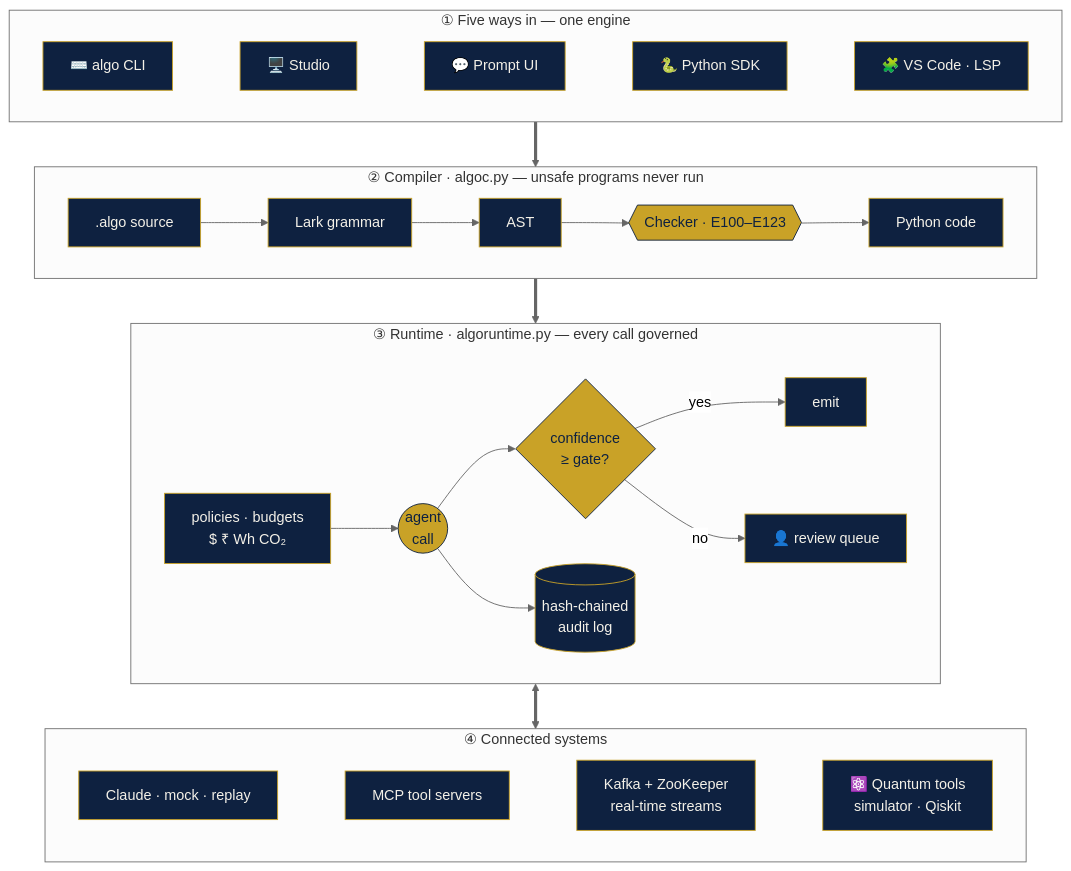
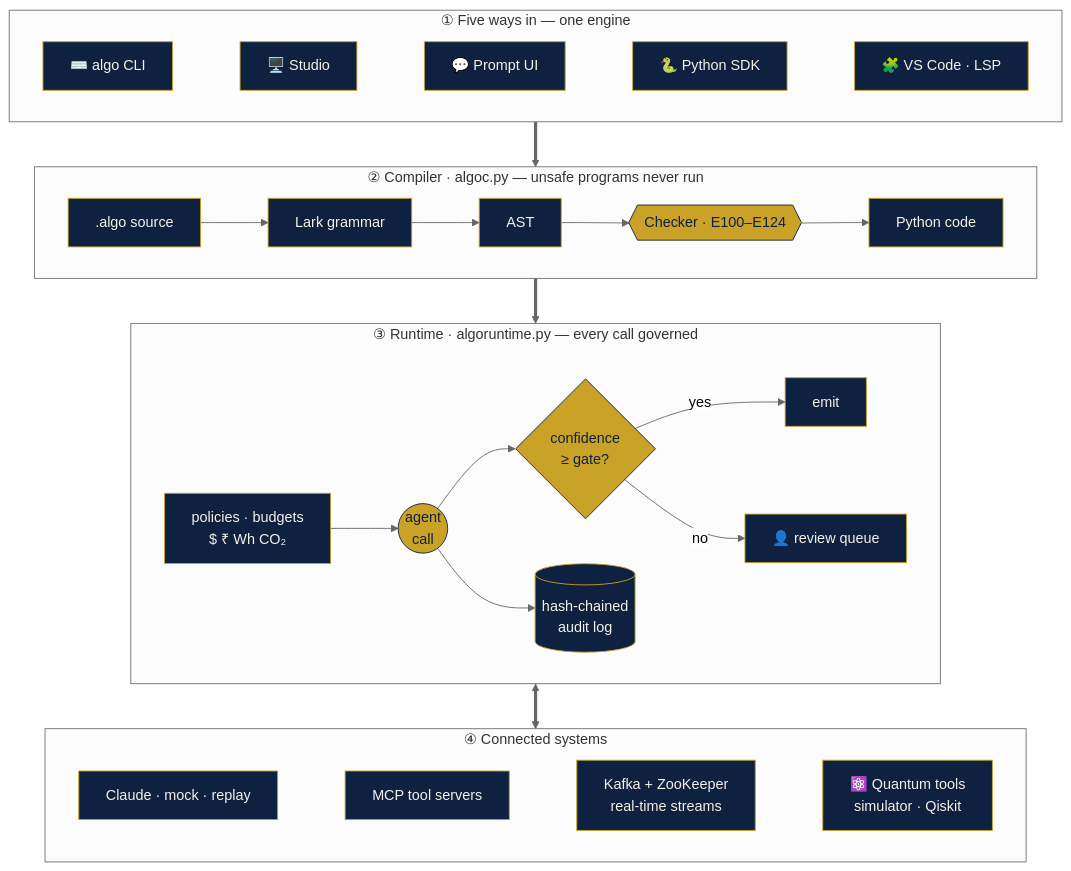
The first of 4 diagrams in README.md (drssnaiml1-cell/algolang), drawn with Mermaid (neutral theme) before and after one commit. The commit also changed other lines of this file and 39 other files, not shown here.

````diff
--- a/README.md
+++ b/README.md
@@ -30,28 +30,28 @@
 ```mermaid
 flowchart TB
     subgraph DOORS["① Five ways in — one engine"]
         direction LR
         CLI["⌨️ algo CLI"] ~~~ STU["🖥️ Studio"] ~~~ PUI["💬 Prompt UI"] ~~~ SDK["🐍 Python SDK"] ~~~ LSP["🧩 VS Code · LSP"]
     end
     subgraph COMPILER["② Compiler · algoc.py — unsafe programs never run"]
         direction LR
-        SRC[".algo source"] --> PARSE["Lark grammar"] --> AST["AST"] --> CHK{{"Checker · E100–E123"}} --> GEN["Python code"]
+        SRC[".algo source"] --> PARSE["Lark grammar"] --> AST["AST"] --> CHK{{"Checker · E100–E124"}} --> GEN["Python code"]
     end
     subgraph RUNTIME["③ Runtime · algoruntime.py — every call governed"]
         direction LR
         POL["policies · budgets<br/>$ ₹ Wh CO₂"] --> CALL(("agent<br/>call")) --> GATE{"confidence<br/>≥ gate?"}
         GATE -- yes --> OUT["emit"]
         GATE -- no --> HUM["👤 review queue"]
         CALL --> AUD[("hash-chained<br/>audit log")]
     end
     subgraph WORLD["④ Connected systems"]
         direction LR
         LLM["Claude · mock · replay"] ~~~ MCP["MCP tool servers"] ~~~ KAF["Kafka + ZooKeeper<br/>real-time streams"] ~~~ QPU["⚛️ Quantum tools<br/>simulator · Qiskit"]
     end
     DOORS ==> COMPILER ==> RUNTIME <==> WORLD
 
     classDef navy fill:#0e2140,stroke:#c9a227,color:#f4f1e8;
     classDef gold fill:#c9a227,stroke:#0e2140,color:#0e2140;
     class CLI,STU,PUI,SDK,LSP,SRC,PARSE,AST,GEN,POL,OUT,LLM,MCP,KAF,QPU,HUM,AUD navy;
     class CHK,CALL,GATE gold;
 ```
````
